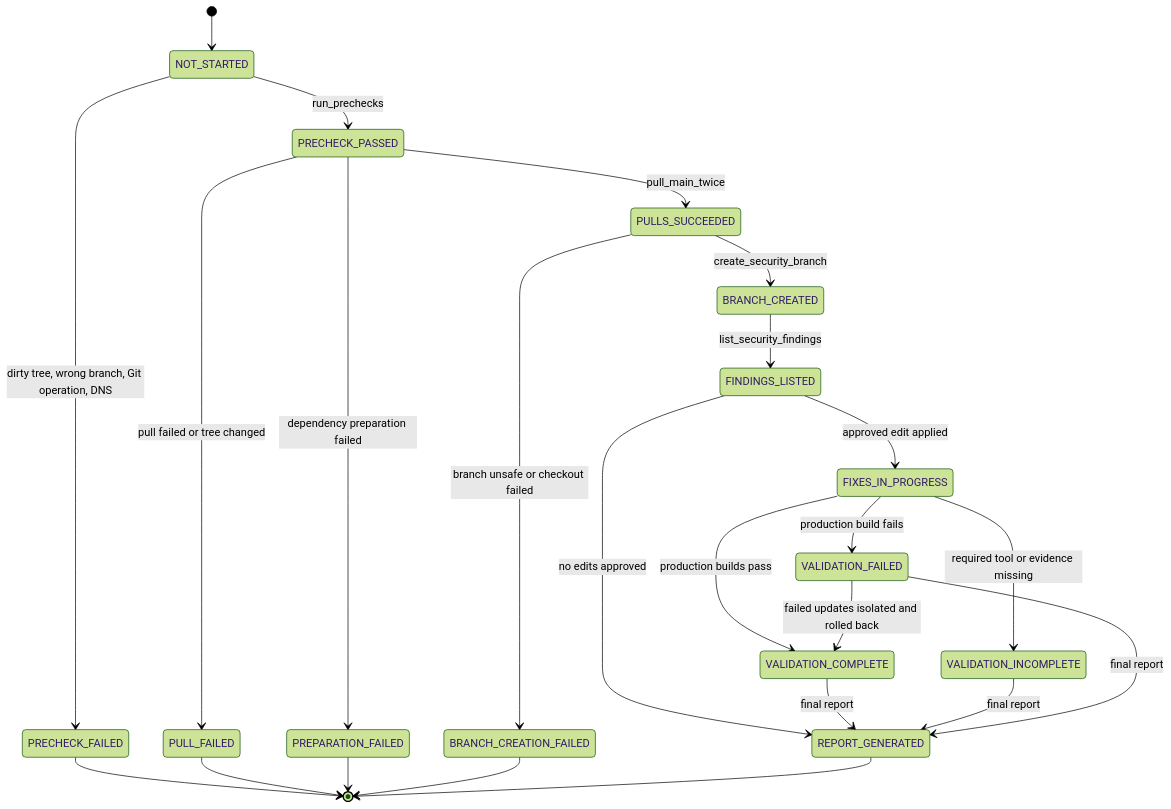
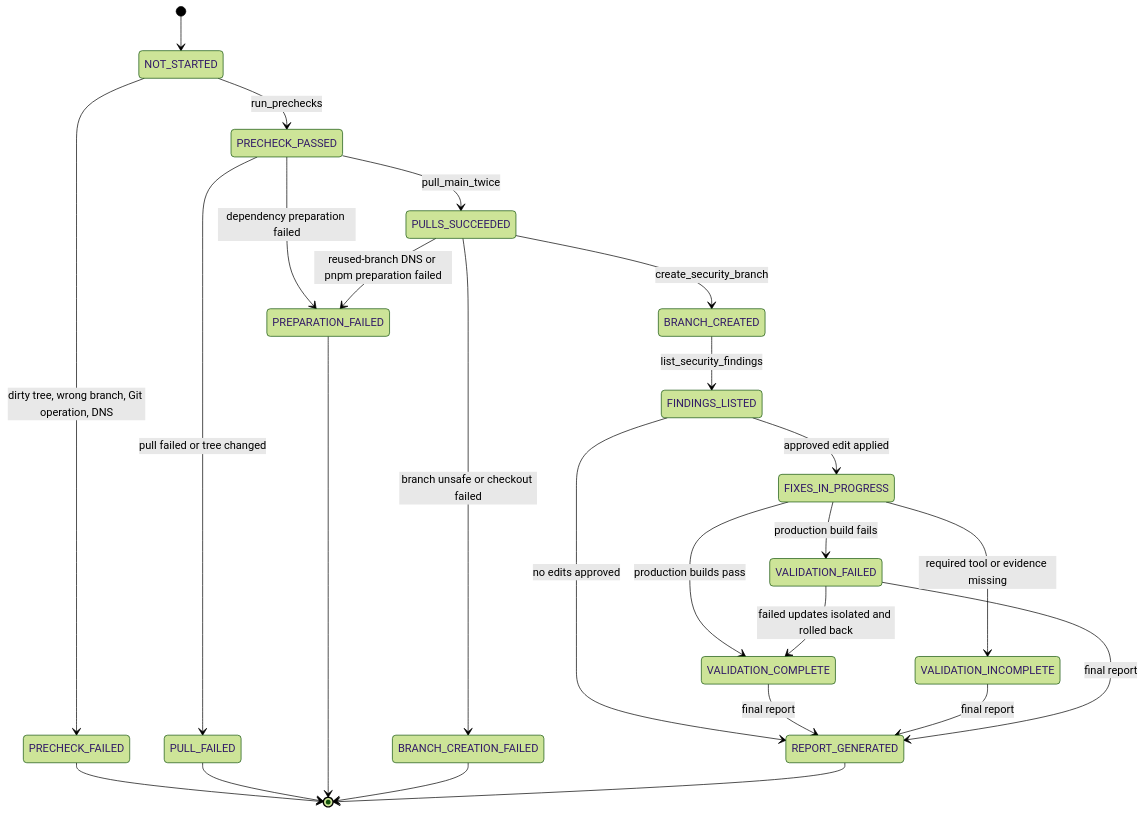
One commit to jprejsnar/security-mcp-fixer changed the third of 7 diagrams in README.md. Above: the diagram before and after it, drawn with Mermaid (forest theme). The commit also changed other lines of this file and 3 other files, not shown here.

First line of the commit message:
refactor: streamline job flowchart and remove unused test suite discovery function

````diff
--- a/README.md
+++ b/README.md
@@ -756,26 +775,27 @@
 ```mermaid
 stateDiagram-v2
   [*] --> NOT_STARTED
   NOT_STARTED --> PRECHECK_PASSED : run_prechecks
   NOT_STARTED --> PRECHECK_FAILED : dirty tree, wrong branch, Git operation, DNS
   PRECHECK_PASSED --> PULLS_SUCCEEDED : pull_main_twice
   PRECHECK_PASSED --> PULL_FAILED : pull failed or tree changed
   PRECHECK_PASSED --> PREPARATION_FAILED : dependency preparation failed
   PULLS_SUCCEEDED --> BRANCH_CREATED : create_security_branch
   PULLS_SUCCEEDED --> BRANCH_CREATION_FAILED : branch unsafe or checkout failed
+  PULLS_SUCCEEDED --> PREPARATION_FAILED : reused-branch DNS or pnpm preparation failed
   BRANCH_CREATED --> FINDINGS_LISTED : list_security_findings
   FINDINGS_LISTED --> FIXES_IN_PROGRESS : approved edit applied
   FIXES_IN_PROGRESS --> VALIDATION_COMPLETE : production builds pass
   FIXES_IN_PROGRESS --> VALIDATION_INCOMPLETE : required tool or evidence missing
   FIXES_IN_PROGRESS --> VALIDATION_FAILED : production build fails
   VALIDATION_FAILED --> VALIDATION_COMPLETE : failed updates isolated and rolled back
   FINDINGS_LISTED --> REPORT_GENERATED : no edits approved
   VALIDATION_COMPLETE --> REPORT_GENERATED : final report
   VALIDATION_INCOMPLETE --> REPORT_GENERATED : final report
   VALIDATION_FAILED --> REPORT_GENERATED : final report
   PRECHECK_FAILED --> [*]
   PULL_FAILED --> [*]
   PREPARATION_FAILED --> [*]
   BRANCH_CREATION_FAILED --> [*]
   REPORT_GENERATED --> [*]
 ```
````
